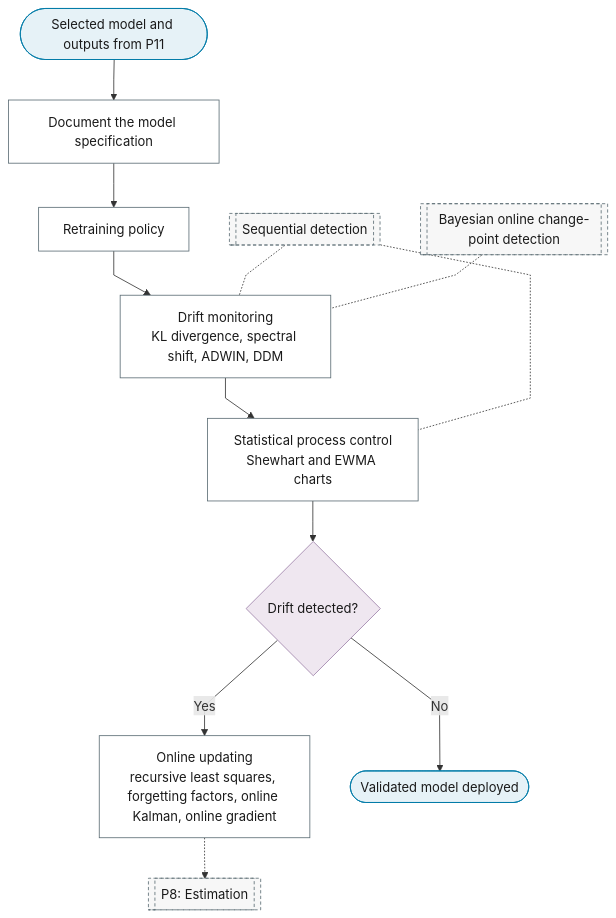
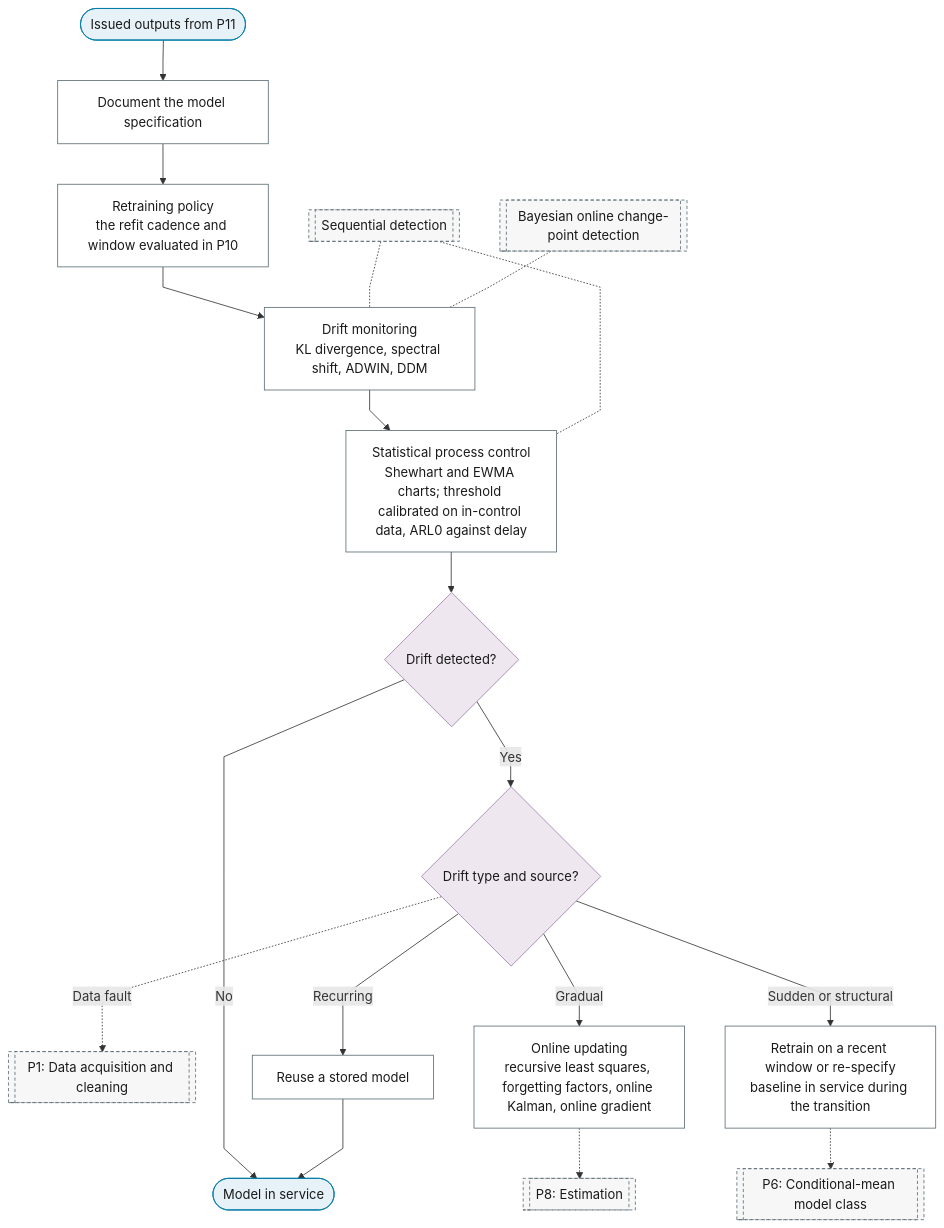
The diagram in docs/01-workflow/p12-deployment-monitoring.md (Shuxin-Y/time-series-analysis-manual), drawn with Mermaid before and after one commit. The commit also changed other lines of this file and 8 other files, not shown here.

First line of the commit message:
feat(p11,p12): issue the scored product, post-selection inference, drift by type

````diff
--- a/docs/01-workflow/p12-deployment-monitoring.md
+++ b/docs/01-workflow/p12-deployment-monitoring.md
@@ -9,27 +9,33 @@
 ```mermaid
 %%{init: {"flowchart": {"curve": "linear"}}}%%
 graph TD
-    P12_IN(["Selected model and outputs from P11"]) --> P12_DOCUMENTATION["Document the model specification"]
-    P12_DOCUMENTATION --> P12_RETRAINING["Retraining policy"]
+    P12_IN(["Issued outputs from P11"]) --> P12_DOCUMENTATION["Document the model specification"]
+    P12_DOCUMENTATION --> P12_RETRAINING["Retraining policy<br/>the refit cadence and window evaluated in P10"]
     P12_RETRAINING --> P12_DRIFT_MONITORING["Drift monitoring<br/>KL divergence, spectral shift, ADWIN, DDM"]
-    P12_DRIFT_MONITORING --> P12_SPC["Statistical process control<br/>Shewhart and EWMA charts"]
+    P12_DRIFT_MONITORING --> P12_SPC["Statistical process control<br/>Shewhart and EWMA charts; threshold calibrated on in-control data, ARL0 against delay"]
     P12_SPC --> P12_DRIFT{"Drift detected?"}
-    P12_DRIFT -->|"Yes"| P12_ONLINE_UPDATING["Online updating<br/>recursive least squares, forgetting factors, online Kalman, online gradient"]
-    P12_DRIFT -->|"No"| P12_OUT(["Validated model deployed"])
+    P12_DRIFT -->|"No"| P12_OUT(["Model in service"])
+    P12_DRIFT -->|"Yes"| P12_DRIFT_TYPE{"Drift type and source?"}
+    P12_DRIFT_TYPE -.->|"Data fault"| P1[["P1: Data acquisition and cleaning"]]
+    P12_DRIFT_TYPE -->|"Gradual"| P12_ONLINE_UPDATING["Online updating<br/>recursive least squares, forgetting factors, online Kalman, online gradient"]
+    P12_DRIFT_TYPE -->|"Sudden or structural"| P12_RETRAIN_RECENT["Retrain on a recent window or re-specify<br/>baseline in service during the transition"]
+    P12_DRIFT_TYPE -->|"Recurring"| P12_REUSE["Reuse a stored model"]
     P12_ONLINE_UPDATING -.-> P8[["P8: Estimation"]]
+    P12_RETRAIN_RECENT -.-> P6[["P6: Conditional-mean model class"]]
+    P12_REUSE --> P12_OUT
     P0_CP_CUSUM[["Sequential detection"]] -.- P12_SPC
     P0_CP_CUSUM -.- P12_DRIFT_MONITORING
     P0_CP_BOCPD[["Bayesian online change-point detection"]] -.- P12_DRIFT_MONITORING
     class P12_IN,P12_OUT terminator
-    class P12_DRIFT decision
-    class P12_DOCUMENTATION,P12_RETRAINING,P12_DRIFT_MONITORING,P12_SPC,P12_ONLINE_UPDATING process
-    class P8,P0_CP_CUSUM,P0_CP_BOCPD ref
+    class P12_DRIFT,P12_DRIFT_TYPE decision
+    class P12_DOCUMENTATION,P12_RETRAINING,P12_DRIFT_MONITORING,P12_SPC,P12_ONLINE_UPDATING,P12_RETRAIN_RECENT,P12_REUSE process
+    class P1,P8,P6,P0_CP_CUSUM,P0_CP_BOCPD ref
     classDef terminator fill:#E6F2F7,stroke:#007BA7,color:#1A1A1A;
     classDef process fill:#FFFFFF,stroke:#5A6B73,color:#1A1A1A;
     classDef decision fill:#EFE7F0,stroke:#9B7FA7,color:#1A1A1A;
     classDef data fill:#FFF4E0,stroke:#C9A55E,color:#1A1A1A;
     classDef good fill:#DCEFD8,stroke:#4A7A3F,color:#1A1A1A;
     classDef escalate fill:#FFE9C2,stroke:#C9A55E,color:#1A1A1A;
     classDef problem fill:#F2D9DE,stroke:#800020,color:#1A1A1A;
     classDef ref fill:#F7F7F7,stroke:#5A6B73,color:#1A1A1A,stroke-dasharray:4 3;
 ```
````
